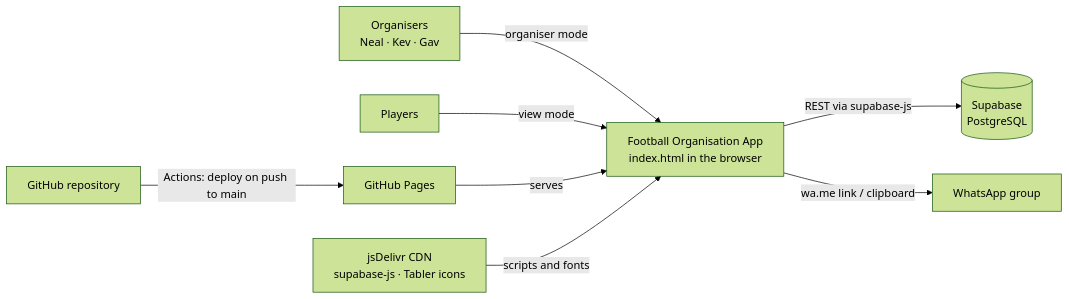
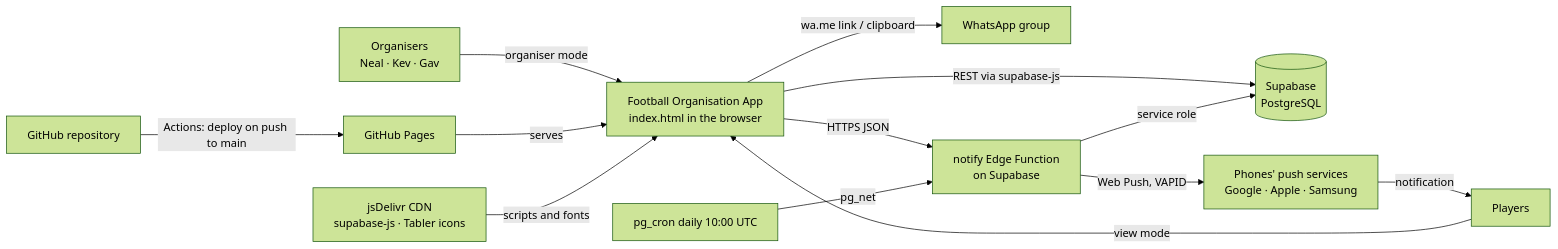
One commit to nealpatel87np/FootballApp changed the first of 9 diagrams in docs/SOLUTION_DESIGN.md. Above: the diagram before and after it, drawn with Mermaid (forest theme). The commit also changed other lines of this file and 7 other files, not shown here.

````diff
--- a/docs/SOLUTION_DESIGN.md
+++ b/docs/SOLUTION_DESIGN.md
@@ -220,11 +222,16 @@
 ```mermaid
 flowchart LR
   O[Organisers<br/>Neal · Kev · Gav] -- organiser mode --> APP
   P[Players] -- view mode --> APP
   APP[Football Organisation App<br/>index.html in the browser]
   APP -- REST via supabase-js --> DB[(Supabase<br/>PostgreSQL)]
   APP -- wa.me link / clipboard --> WA[WhatsApp group]
   GH[GitHub repository] -- Actions: deploy on push to main --> PAGES[GitHub Pages]
   PAGES -- serves --> APP
   CDN[jsDelivr CDN<br/>supabase-js · Tabler icons] -- scripts and fonts --> APP
+  APP -- HTTPS JSON --> FN[notify Edge Function<br/>on Supabase]
+  FN -- service role --> DB
+  FN -- Web Push, VAPID --> PUSH[Phones' push services<br/>Google · Apple · Samsung]
+  PUSH -- notification --> P
+  CRON[pg_cron daily 10:00 UTC] -- pg_net --> FN
 ```
````
